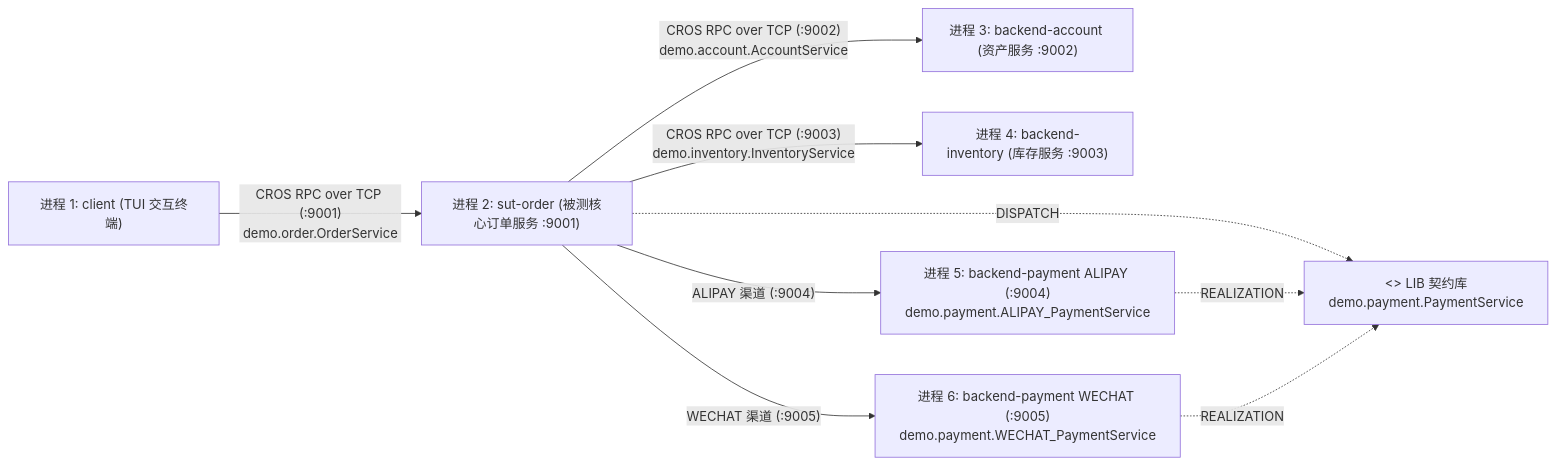
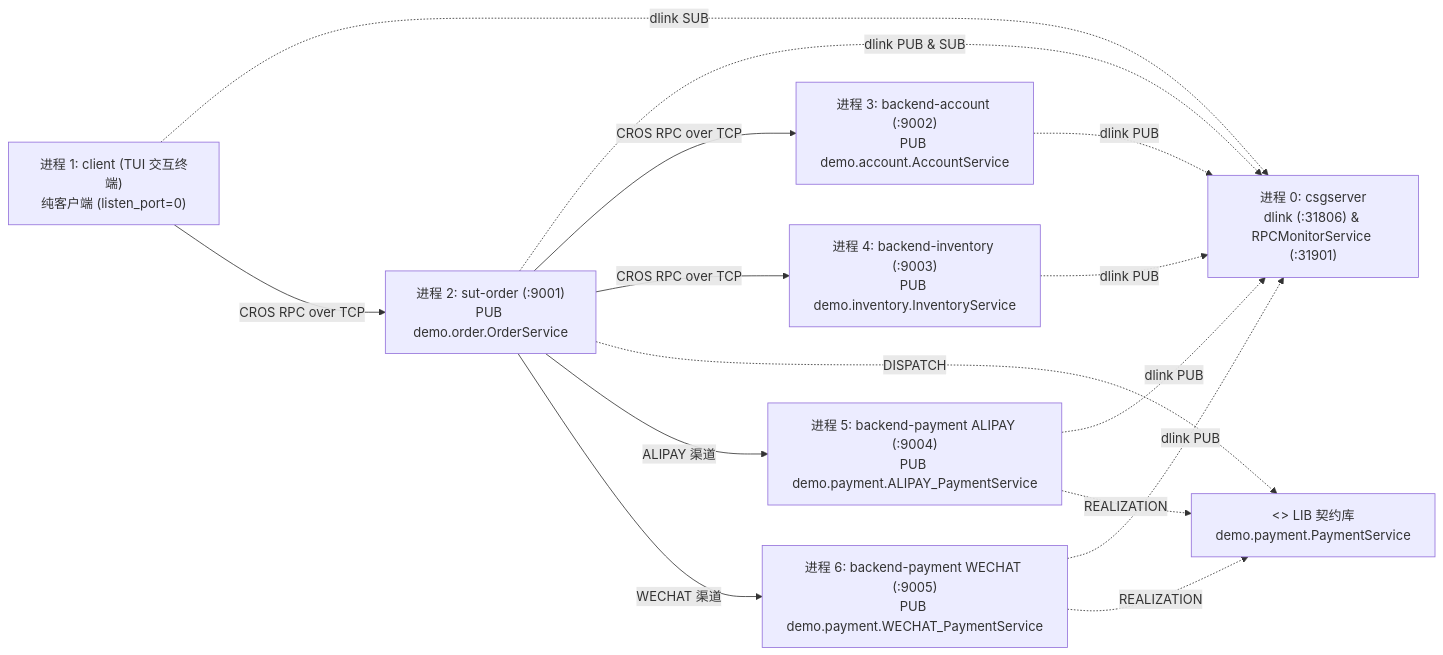
Before and after one commit to fugui/code-contract: the diagram in demo/README.md, drawn with Mermaid. The commit also changed other lines of this file and 33 other files, not shown here.

Commit message:
feat(demo,csg): 新增 csgserver 并完成 CSG 服务发现与三模仿真集成闭环

````diff
--- a/demo/README.md
+++ b/demo/README.md
@@ -9,19 +9,27 @@
 ```mermaid
 flowchart LR
-    Client["进程 1: client (TUI 交互终端)"]
-    SUT["进程 2: sut-order (被测核心订单服务 :9001)"]
-    B1["进程 3: backend-account (资产服务 :9002)"]
-    B2["进程 4: backend-inventory (库存服务 :9003)"]
+    CSG["进程 0: csgserver<br/>dlink (:31806) & RPCMonitorService (:31901)"]
+    Client["进程 1: client (TUI 交互终端)<br/>纯客户端 (listen_port=0)"]
+    SUT["进程 2: sut-order (:9001)<br/>PUB demo.order.OrderService"]
+    B1["进程 3: backend-account (:9002)<br/>PUB demo.account.AccountService"]
+    B2["进程 4: backend-inventory (:9003)<br/>PUB demo.inventory.InventoryService"]
     LIB["<<interface>> LIB 契约库<br/>demo.payment.PaymentService"]
-    P1["进程 5: backend-payment ALIPAY (:9004)<br/>demo.payment.ALIPAY_PaymentService"]
-    P2["进程 6: backend-payment WECHAT (:9005)<br/>demo.payment.WECHAT_PaymentService"]
+    P1["进程 5: backend-payment ALIPAY (:9004)<br/>PUB demo.payment.ALIPAY_PaymentService"]
+    P2["进程 6: backend-payment WECHAT (:9005)<br/>PUB demo.payment.WECHAT_PaymentService"]
 
-    Client -- "CROS RPC over TCP (:9001)<br/>demo.order.OrderService" --> SUT
-    SUT -- "CROS RPC over TCP (:9002)<br/>demo.account.AccountService" --> B1
-    SUT -- "CROS RPC over TCP (:9003)<br/>demo.inventory.InventoryService" --> B2
+    B1 -. "dlink PUB" .-> CSG
+    B2 -. "dlink PUB" .-> CSG
+    P1 -. "dlink PUB" .-> CSG
+    P2 -. "dlink PUB" .-> CSG
+    SUT -. "dlink PUB & SUB" .-> CSG
+    Client -. "dlink SUB" .-> CSG
+
+    Client -- "CROS RPC over TCP" --> SUT
+    SUT -- "CROS RPC over TCP" --> B1
+    SUT -- "CROS RPC over TCP" --> B2
     SUT -. "DISPATCH" .-> LIB
-    SUT -- "ALIPAY 渠道 (:9004)" --> P1
-    SUT -- "WECHAT 渠道 (:9005)" --> P2
+    SUT -- "ALIPAY 渠道" --> P1
+    SUT -- "WECHAT 渠道" --> P2
     P1 -. "REALIZATION" .-> LIB
     P2 -. "REALIZATION" .-> LIB
 ```
````
